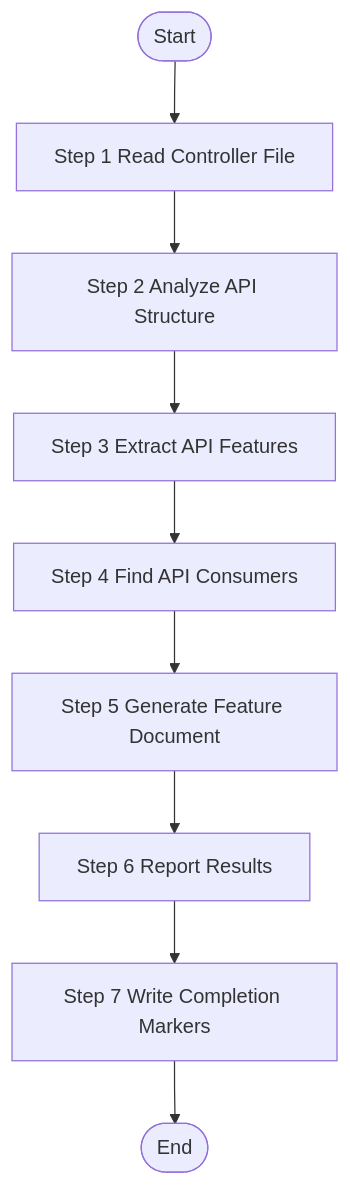
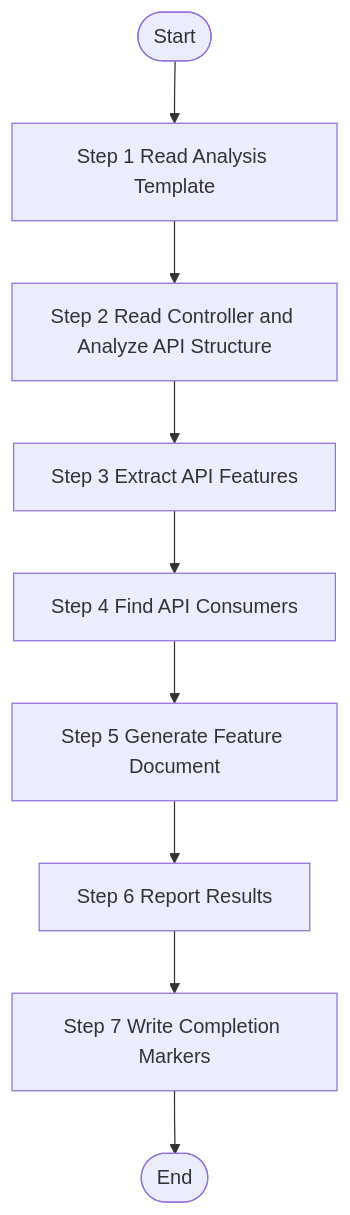
Before and after one commit to charlesmu99/speccrew: the diagram in .speccrew/skills/speccrew-knowledge-bizs-api-analyze/SKILL.md, drawn with Mermaid. The commit also changed other lines of this file and 21 other files, not shown here.

Commit message:
refactor: reorder template-driven skills to read template first before source code analysis; update dispatch/init-features/module-classify/graph-write skills

````diff
--- a/.speccrew/skills/speccrew-knowledge-bizs-api-analyze/SKILL.md
+++ b/.speccrew/skills/speccrew-knowledge-bizs-api-analyze/SKILL.md
@@ -102,11 +104,11 @@
 ```mermaid
 graph TB
-    Start([Start]) --> Step1[Step 1 Read Controller File]
-    Step1 --> Step2[Step 2 Analyze API Structure]
+    Start([Start]) --> Step1[Step 1 Read Analysis Template]
+    Step1 --> Step2[Step 2 Read Controller and Analyze API Structure]
     Step2 --> Step3[Step 3 Extract API Features]
     Step3 --> Step4[Step 4 Find API Consumers]
     Step4 --> Step5[Step 5 Generate Feature Document]
     Step5 --> Step6[Step 6 Report Results]
     Step6 --> Step7[Step 7 Write Completion Markers]
     Step7 --> End([End])
 ```
````
